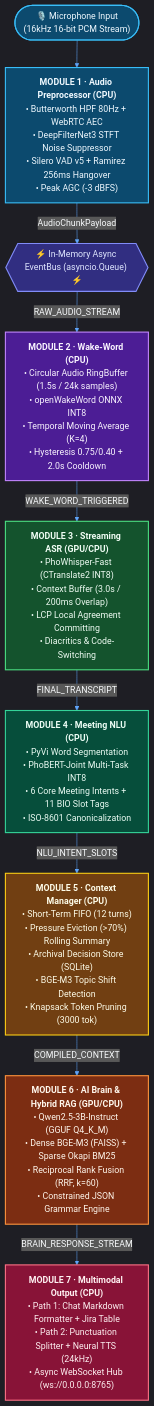
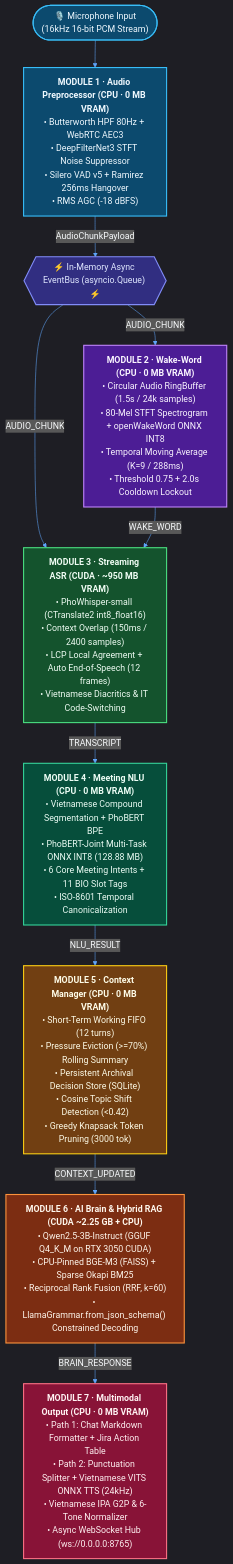
The diagram in README.md (sh1kaku59/room-voice-ai), drawn with Mermaid before and after one commit. The commit also changed other lines of this file and 1 other file, not shown here.

Commit message:
docs(v1.1): update root and package READMEs with v1.1 production neural architecture, real KPI benchmarks, and model provisioning guide

````diff
--- a/README.md
+++ b/README.md
@@ -36,48 +49,49 @@
 ```mermaid
 %%{init: {'theme': 'dark', 'themeVariables': { 'darkMode': true, 'background': 'transparent', 'mainBkg': '#1e293b', 'nodeBorder': '#38bdf8', 'lineColor': '#60a5fa', 'textColor': '#f8fafc' }}}%%
 flowchart TD
     MIC(["🎙️ Microphone Input<br/>(16kHz 16-bit PCM Stream)"])
     
-    M1["<b>MODULE 1 · Audio Preprocessor (CPU)</b><br/>• Butterworth HPF 80Hz + WebRTC AEC<br/>• DeepFilterNet3 STFT Noise Suppressor<br/>• Silero VAD v5 + Ramirez 256ms Hangover<br/>• Peak AGC (-3 dBFS)"]
+    M1["<b>MODULE 1 · Audio Preprocessor (CPU · 0 MB VRAM)</b><br/>• Butterworth HPF 80Hz + WebRTC AEC3<br/>• DeepFilterNet3 STFT Noise Suppressor<br/>• Silero VAD v5 + Ramirez 256ms Hangover<br/>• RMS AGC (-18 dBFS)"]
 
     BUS{{"⚡ In-Memory Async EventBus (asyncio.Queue) ⚡"}}
 
-    M2["<b>MODULE 2 · Wake-Word (CPU)</b><br/>• Circular Audio RingBuffer (1.5s / 24k samples)<br/>• openWakeWord ONNX INT8<br/>• Temporal Moving Average (K=4)<br/>• Hysteresis 0.75/0.40 + 2.0s Cooldown"]
+    M2["<b>MODULE 2 · Wake-Word (CPU · 0 MB VRAM)</b><br/>• Circular Audio RingBuffer (1.5s / 24k samples)<br/>• 80-Mel STFT Spectrogram + openWakeWord ONNX INT8<br/>• Temporal Moving Average (K=9 / 288ms)<br/>• Threshold 0.75 + 2.0s Cooldown Lockout"]
 
-    M3["<b>MODULE 3 · Streaming ASR (GPU/CPU)</b><br/>• PhoWhisper-Fast (CTranslate2 INT8)<br/>• Context Buffer (3.0s / 200ms Overlap)<br/>• LCP Local Agreement Committing<br/>• Diacritics & Code-Switching"]
+    M3["<b>MODULE 3 · Streaming ASR (CUDA · ~950 MB VRAM)</b><br/>• PhoWhisper-small (CTranslate2 int8_float16)<br/>• Context Overlap (150ms / 2400 samples)<br/>• LCP Local Agreement + Auto End-of-Speech (12 frames)<br/>• Vietnamese Diacritics & IT Code-Switching"]
 
-    M4["<b>MODULE 4 · Meeting NLU (CPU)</b><br/>• PyVi Word Segmentation<br/>• PhoBERT-Joint Multi-Task INT8<br/>• 6 Core Meeting Intents + 11 BIO Slot Tags<br/>• ISO-8601 Canonicalization"]
+    M4["<b>MODULE 4 · Meeting NLU (CPU · 0 MB VRAM)</b><br/>• Vietnamese Compound Segmentation + PhoBERT BPE<br/>• PhoBERT-Joint Multi-Task ONNX INT8 (128.88 MB)<br/>• 6 Core Meeting Intents + 11 BIO Slot Tags<br/>• ISO-8601 Temporal Canonicalization"]
 
-    M5["<b>MODULE 5 · Context Manager (CPU)</b><br/>• Short-Term FIFO (12 turns)<br/>• Pressure Eviction (>70%) Rolling Summary<br/>• Archival Decision Store (SQLite)<br/>• BGE-M3 Topic Shift Detection<br/>• Knapsack Token Pruning (3000 tok)"]
+    M5["<b>MODULE 5 · Context Manager (CPU · 0 MB VRAM)</b><br/>• Short-Term Working FIFO (12 turns)<br/>• Pressure Eviction (>=70%) Rolling Summary<br/>• Persistent Archival Decision Store (SQLite)<br/>• Cosine Topic Shift Detection (<0.42)<br/>• Greedy Knapsack Token Pruning (3000 tok)"]
 
-    M6["<b>MODULE 6 · AI Brain & Hybrid RAG (GPU/CPU)</b><br/>• Qwen2.5-3B-Instruct (GGUF Q4_K_M)<br/>• Dense BGE-M3 (FAISS) + Sparse Okapi BM25<br/>• Reciprocal Rank Fusion (RRF, k=60)<br/>• Constrained JSON Grammar Engine"]
+    M6["<b>MODULE 6 · AI Brain & Hybrid RAG (CUDA ~2.25 GB + CPU)</b><br/>• Qwen2.5-3B-Instruct (GGUF Q4_K_M on RTX 3050 CUDA)<br/>• CPU-Pinned BGE-M3 (FAISS) + Sparse Okapi BM25<br/>• Reciprocal Rank Fusion (RRF, k=60)<br/>• LlamaGrammar.from_json_schema() Constrained Decoding"]
 
-    M7["<b>MODULE 7 · Multimodal Output (CPU)</b><br/>• Path 1: Chat Markdown Formatter + Jira Table<br/>• Path 2: Punctuation Splitter + Neural TTS (24kHz)<br/>• Async WebSocket Hub (ws://0.0.0.0:8765)"]
+    M7["<b>MODULE 7 · Multimodal Output (CPU · 0 MB VRAM)</b><br/>• Path 1: Chat Markdown Formatter + Jira Action Table<br/>• Path 2: Punctuation Splitter + Vietnamese VITS ONNX TTS (24kHz)<br/>• Vietnamese IPA G2P & 6-Tone Normalizer<br/>• Async WebSocket Hub (ws://0.0.0.0:8765)"]
 
     MIC --> M1
     M1 -->|AudioChunkPayload| BUS
-    BUS -->|RAW_AUDIO_STREAM| M2
-    M2 -->|WAKE_WORD_TRIGGERED| M3
-    M3 -->|FINAL_TRANSCRIPT| M4
-    M4 -->|NLU_INTENT_SLOTS| M5
-    M5 -->|COMPILED_CONTEXT| M6
-    M6 -->|BRAIN_RESPONSE_STREAM| M7
+    BUS -->|AUDIO_CHUNK| M2
+    BUS -->|AUDIO_CHUNK| M3
+    M2 -->|WAKE_WORD| M3
+    M3 -->|TRANSCRIPT| M4
+    M4 -->|NLU_RESULT| M5
+    M5 -->|CONTEXT_UPDATED| M6
+    M6 -->|BRAIN_RESPONSE| M7
 
     classDef audio fill:#0c4a6e,stroke:#38bdf8,stroke-width:2px,color:#f0f9ff;
     classDef bus fill:#312e81,stroke:#818cf8,stroke-width:2px,color:#e0e7ff;
     classDef speech fill:#4c1d95,stroke:#c084fc,stroke-width:2px,color:#faf5ff;
     classDef asr fill:#14532d,stroke:#4ade80,stroke-width:2px,color:#f0fdf4;
     classDef nlu fill:#064e3b,stroke:#34d399,stroke-width:2px,color:#ecfdf5;
     classDef ctx fill:#713f12,stroke:#facc15,stroke-width:2px,color:#fefce8;
     classDef brain fill:#7c2d12,stroke:#fb923c,stroke-width:2px,color:#fff7ed;
     classDef out fill:#881337,stroke:#fb7185,stroke-width:2px,color:#fff1f2;
 
     class MIC,M1 audio;
     class BUS bus;
     class M2 speech;
     class M3 asr;
     class M4 nlu;
     class M5 ctx;
     class M6 brain;
     class M7 out;
 ```
````
